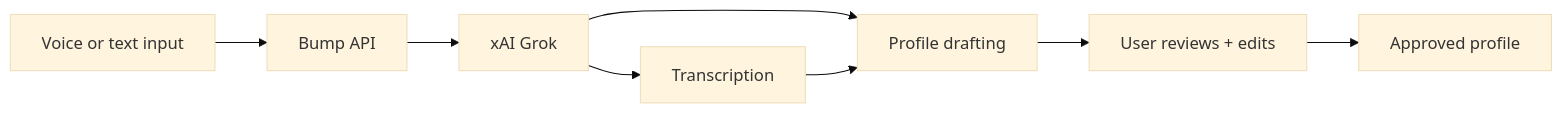
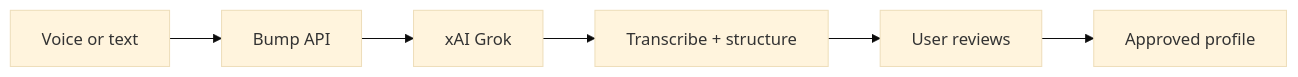
Before and after one commit to abrar-sarwar/bump: the first of 4 diagrams in README.md, drawn with Mermaid (base theme). The commit also changed other lines of this file, not shown here.

First line of the commit message:
Revise README for improved clarity and structure

````diff
--- a/README.md
+++ b/README.md
@@ -76,10 +76,8 @@
 ```mermaid
 flowchart LR
-    A["Voice or text input"] --> B["Bump API"]
+    A["Voice or text"] --> B["Bump API"]
     B --> C["xAI Grok"]
-    C --> D["Transcription"]
-    C --> E["Profile drafting"]
-    D --> E
-    E --> F["User reviews + edits"]
-    F --> G["Approved profile"]
+    C --> D["Transcribe + structure"]
+    D --> E["User reviews"]
+    E --> F["Approved profile"]
 ```
````
